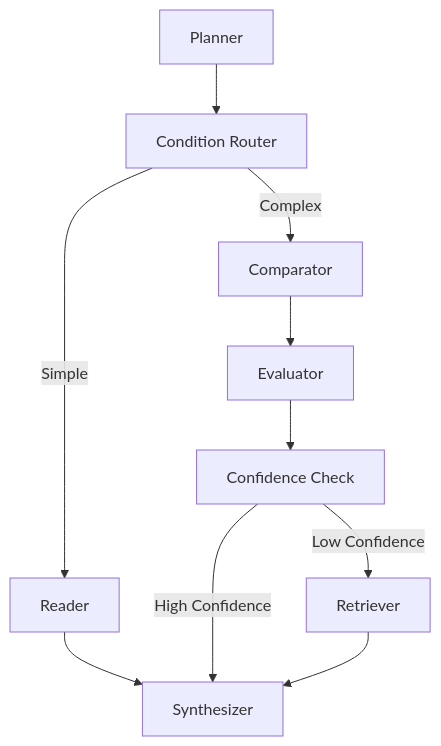
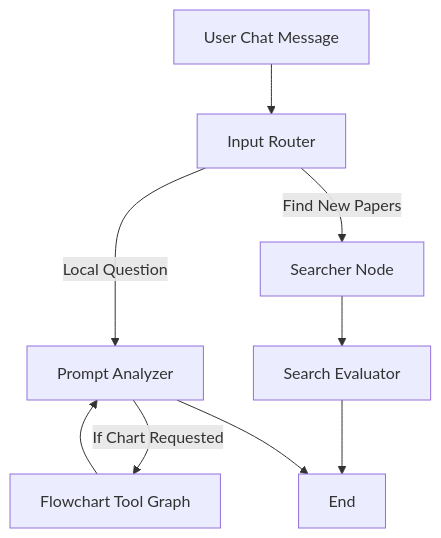
The first of 2 diagrams in README.md (thaituanUIT/ResearchAssistAgent), drawn with Mermaid before and after one commit. The commit also changed other lines of this file, not shown here.

````diff
--- a/README.md
+++ b/README.md
@@ -21,12 +20,11 @@
 ```mermaid
 graph TD
-    A[Planner] --> B[Condition Router]
-    B -->|Simple| C[Reader]
-    B -->|Complex| D[Comparator]
-    C --> H[Synthesizer]
-    D --> E[Evaluator]
-    E --> F[Confidence Check]
-    F -->|Low Confidence| G[Retriever]
-    F -->|High Confidence| H[Synthesizer]
-    G --> H
+    A[User Chat Message] --> B[Input Router]
+    B -->|Local Question| C[Prompt Analyzer]
+    B -->|Find New Papers| D[Searcher Node]
+    C -->|If Chart Requested| E[Flowchart Tool Graph]
+    E --> C
+    D --> F[Search Evaluator]
+    F --> G[End]
+    C --> G
 ```
````
